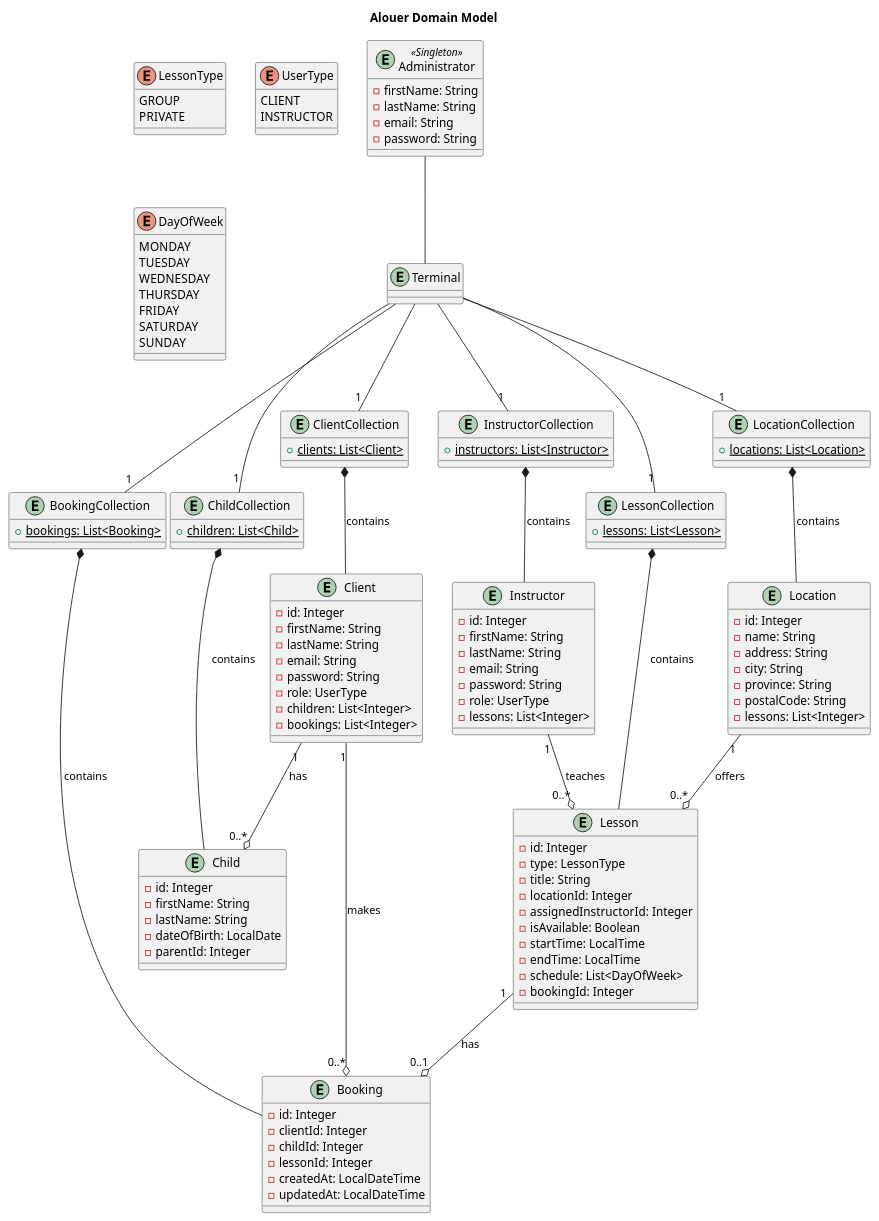
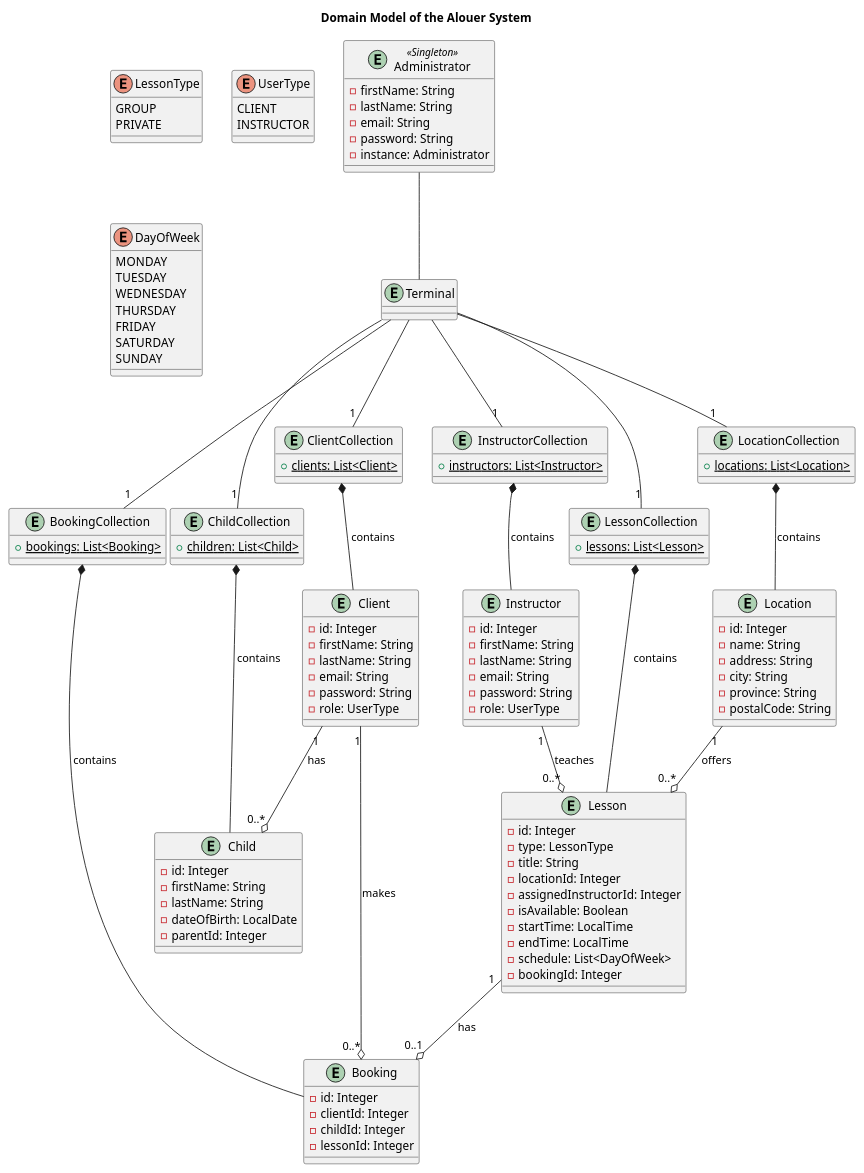
Before and after one commit to Niravanaa/Alouer-SOEN342: the diagram in iterationDeliverables/iteration-2/DomainModel/DomainModel.plantuml, drawn with PlantUML. The commit also changed 51 other files, not shown here.

Commit message:
docs: refactor class, package, model, system sequence and sequence diagrams

```diff
--- a/iterationDeliverables/iteration-2/DomainModel/DomainModel.plantuml
+++ b/iterationDeliverables/iteration-2/DomainModel/DomainModel.plantuml
@@ -1,149 +1,142 @@
-@startuml
+@startuml Domain Model of the Alouer System
 
-
-title Alouer Domain Model
-
+title Domain Model of the Alouer System
 
 enum LessonType {
   GROUP
   PRIVATE
 }
 
 enum UserType {
   CLIENT
   INSTRUCTOR
 }
 
 enum DayOfWeek {
   MONDAY
   TUESDAY
   WEDNESDAY
   THURSDAY
   FRIDAY
   SATURDAY
   SUNDAY
 }
 
 
 entity "Administrator" <<Singleton>> {
   -firstName: String
   -lastName: String
   -email: String
   -password: String
+  -instance: Administrator
 }
 
 entity "Child" {
   -id: Integer
   -firstName: String
   -lastName: String
   -dateOfBirth: LocalDate
   -parentId: Integer
 }
 
 entity "Client" {
   -id: Integer
   -firstName: String
   -lastName: String
   -email: String
   -password: String
   -role: UserType
-  -children: List<Integer>
-  -bookings: List<Integer>
 }
 
 entity "Instructor" {
   -id: Integer
   -firstName: String
   -lastName: String
   -email: String
   -password: String
   -role: UserType
-  -lessons: List<Integer>
 }
 
 entity "Location" {
   -id: Integer
   -name: String
   -address: String
   -city: String
   -province: String
   -postalCode: String
-  -lessons: List<Integer>
 }
 
 
 entity "Booking" {
   -id: Integer
   -clientId: Integer
   -childId: Integer
   -lessonId: Integer
-  -createdAt: LocalDateTime
-  -updatedAt: LocalDateTime
 }
 
 entity "Lesson" {
   -id: Integer
   -type: LessonType
   -title: String
   -locationId: Integer
   -assignedInstructorId: Integer
   -isAvailable: Boolean
   -startTime: LocalTime
   -endTime: LocalTime
   -schedule: List<DayOfWeek>
   -bookingId: Integer
 }
 
 
 entity "BookingCollection" {
-  {static} +bookings: List<Booking>
+  +<u>bookings: List<Booking>
 }
 
 entity "ChildCollection" {
-  {static} +children: List<Child>
+  +<u>children: List<Child>
 }
 
 entity "ClientCollection" {
-  {static} +clients: List<Client>
+  +<u>clients: List<Client>
 }
 
 entity "InstructorCollection" {
-  {static} +instructors: List<Instructor>
+  +<u>instructors: List<Instructor>
 }
 
 entity "LessonCollection" {
-  {static} +lessons: List<Lesson>
+  +<u>lessons: List<Lesson>
 }
 
 entity "LocationCollection" {
-  {static} +locations: List<Location>
+  +<u>locations: List<Location>
 }
 
 
 entity "Terminal" {}
 
 
 "Administrator" -- "Terminal"
 
 Client "1" --o "0..*" Child : has
 Instructor "1" --o "0..*" Lesson : teaches
 Location "1" --o "0..*" Lesson : offers
 Lesson "1" --o "0..1" Booking : has
 Client "1" --o "0..*" Booking : makes
 
 "ClientCollection" *-- "Client" : contains
 "InstructorCollection" *-- "Instructor" : contains
 "ChildCollection" *-- "Child" : contains
 "LocationCollection" *-- "Location" : contains
 "LessonCollection" *-- "Lesson" : contains
 "BookingCollection" *-- "Booking" : contains
 
 "Terminal" -- "1" "ClientCollection"
 "Terminal" -- "1" "InstructorCollection"
 "Terminal" -- "1" "ChildCollection"
 "Terminal" -- "1" "LocationCollection"
 "Terminal" -- "1" "LessonCollection"
 "Terminal" -- "1" "BookingCollection"
 
 
 @enduml
```
